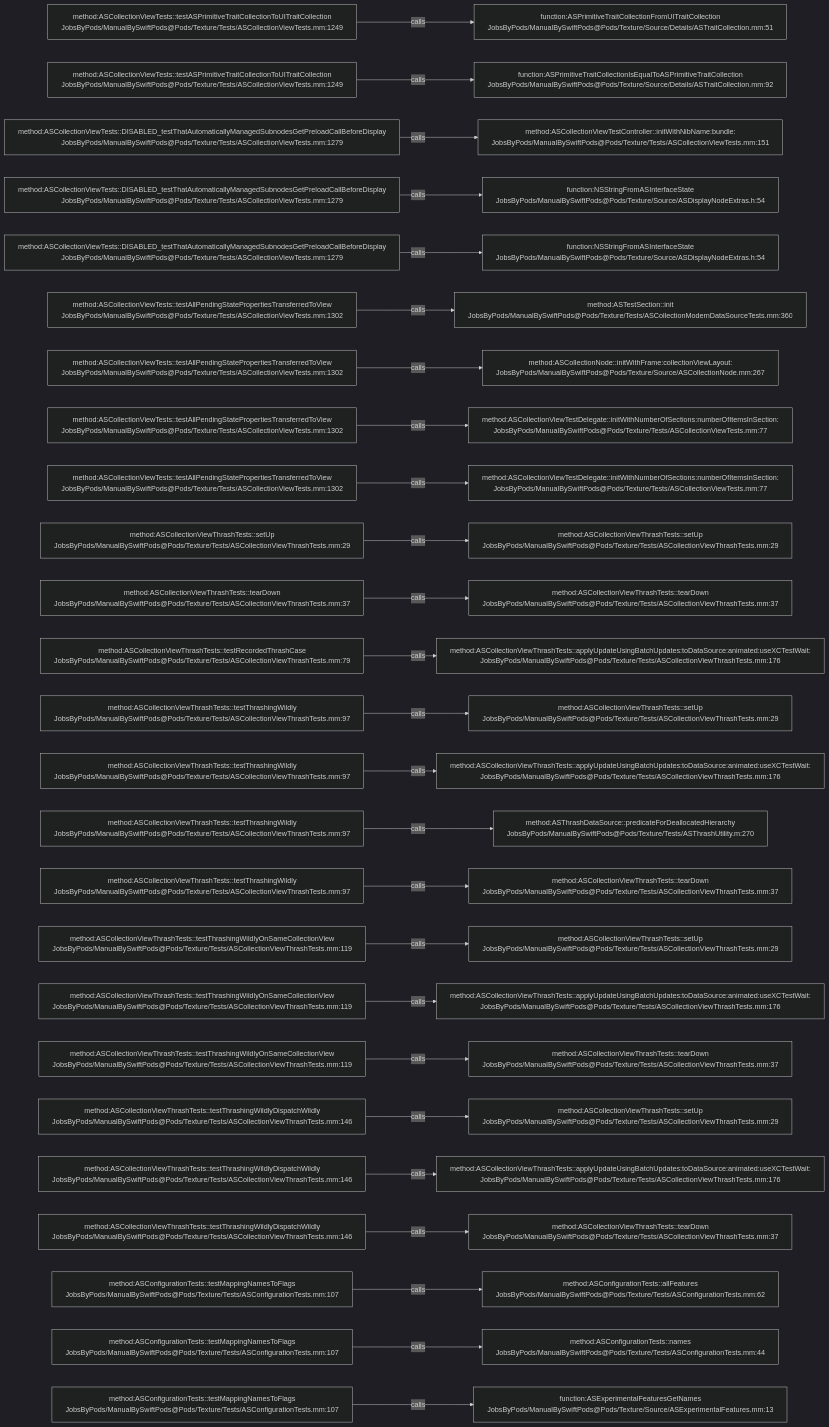
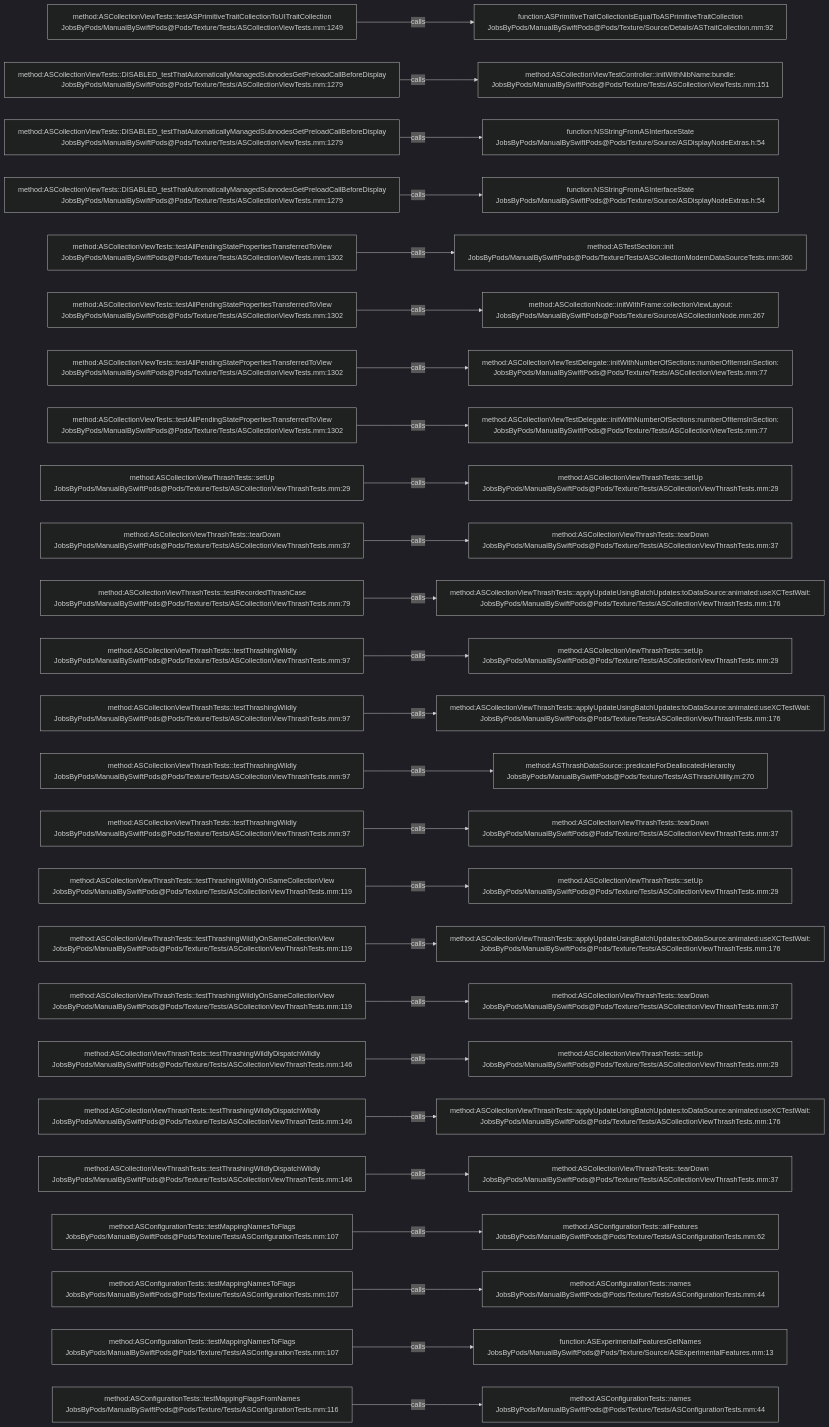
Before and after one commit to JobsKits/JobsSwiftBaseConfigDemo: the diagram in .codegraph/codegraph.md/graphs/calls-174.md, drawn with Mermaid (dark theme). The commit also changed 747 other files, not shown here.

````diff
--- a/.codegraph/codegraph.md/graphs/calls-174.md
+++ b/.codegraph/codegraph.md/graphs/calls-174.md
@@ -13,78 +13,78 @@
 ```mermaid
 flowchart LR
   S1["method:ASCollectionViewTests::testASPrimitiveTraitCollectionToUITraitCollection<br/>JobsByPods/ManualBySwiftPods@Pods/Texture/Tests/ASCollectionViewTests.mm:1249"]
-  T1["function:ASPrimitiveTraitCollectionFromUITraitCollection<br/>JobsByPods/ManualBySwiftPods@Pods/Texture/Source/Details/ASTraitCollection.mm:51"]
+  T1["function:ASPrimitiveTraitCollectionIsEqualToASPrimitiveTraitCollection<br/>JobsByPods/ManualBySwiftPods@Pods/Texture/Source/Details/ASTraitCollection.mm:92"]
   S1 -->|calls| T1
-  S2["method:ASCollectionViewTests::testASPrimitiveTraitCollectionToUITraitCollection<br/>JobsByPods/ManualBySwiftPods@Pods/Texture/Tests/ASCollectionViewTests.mm:1249"]
-  T2["function:ASPrimitiveTraitCollectionIsEqualToASPrimitiveTraitCollection<br/>JobsByPods/ManualBySwiftPods@Pods/Texture/Source/Details/ASTraitCollection.mm:92"]
+  S2["method:ASCollectionViewTests::DISABLED_testThatAutomaticallyManagedSubnodesGetPreloadCallBeforeDisplay<br/>JobsByPods/ManualBySwiftPods@Pods/Texture/Tests/ASCollectionViewTests.mm:1279"]
+  T2["method:ASCollectionViewTestController::initWithNibName:bundle:<br/>JobsByPods/ManualBySwiftPods@Pods/Texture/Tests/ASCollectionViewTests.mm:151"]
   S2 -->|calls| T2
   S3["method:ASCollectionViewTests::DISABLED_testThatAutomaticallyManagedSubnodesGetPreloadCallBeforeDisplay<br/>JobsByPods/ManualBySwiftPods@Pods/Texture/Tests/ASCollectionViewTests.mm:1279"]
-  T3["method:ASCollectionViewTestController::initWithNibName:bundle:<br/>JobsByPods/ManualBySwiftPods@Pods/Texture/Tests/ASCollectionViewTests.mm:151"]
+  T3["function:NSStringFromASInterfaceState<br/>JobsByPods/ManualBySwiftPods@Pods/Texture/Source/ASDisplayNodeExtras.h:54"]
   S3 -->|calls| T3
   S4["method:ASCollectionViewTests::DISABLED_testThatAutomaticallyManagedSubnodesGetPreloadCallBeforeDisplay<br/>JobsByPods/ManualBySwiftPods@Pods/Texture/Tests/ASCollectionViewTests.mm:1279"]
   T4["function:NSStringFromASInterfaceState<br/>JobsByPods/ManualBySwiftPods@Pods/Texture/Source/ASDisplayNodeExtras.h:54"]
   S4 -->|calls| T4
-  S5["method:ASCollectionViewTests::DISABLED_testThatAutomaticallyManagedSubnodesGetPreloadCallBeforeDisplay<br/>JobsByPods/ManualBySwiftPods@Pods/Texture/Tests/ASCollectionViewTests.mm:1279"]
-  T5["function:NSStringFromASInterfaceState<br/>JobsByPods/ManualBySwiftPods@Pods/Texture/Source/ASDisplayNodeExtras.h:54"]
+  S5["method:ASCollectionViewTests::testAllPendingStatePropertiesTransferredToView<br/>JobsByPods/ManualBySwiftPods@Pods/Texture/Tests/ASCollectionViewTests.mm:1302"]
+  T5["method:ASTestSection::init<br/>JobsByPods/ManualBySwiftPods@Pods/Texture/Tests/ASCollectionModernDataSourceTests.mm:360"]
   S5 -->|calls| T5
   S6["method:ASCollectionViewTests::testAllPendingStatePropertiesTransferredToView<br/>JobsByPods/ManualBySwiftPods@Pods/Texture/Tests/ASCollectionViewTests.mm:1302"]
-  T6["method:ASTestSection::init<br/>JobsByPods/ManualBySwiftPods@Pods/Texture/Tests/ASCollectionModernDataSourceTests.mm:360"]
+  T6["method:ASCollectionNode::initWithFrame:collectionViewLayout:<br/>JobsByPods/ManualBySwiftPods@Pods/Texture/Source/ASCollectionNode.mm:267"]
   S6 -->|calls| T6
   S7["method:ASCollectionViewTests::testAllPendingStatePropertiesTransferredToView<br/>JobsByPods/ManualBySwiftPods@Pods/Texture/Tests/ASCollectionViewTests.mm:1302"]
-  T7["method:ASCollectionNode::initWithFrame:collectionViewLayout:<br/>JobsByPods/ManualBySwiftPods@Pods/Texture/Source/ASCollectionNode.mm:267"]
+  T7["method:ASCollectionViewTestDelegate::initWithNumberOfSections:numberOfItemsInSection:<br/>JobsByPods/ManualBySwiftPods@Pods/Texture/Tests/ASCollectionViewTests.mm:77"]
   S7 -->|calls| T7
   S8["method:ASCollectionViewTests::testAllPendingStatePropertiesTransferredToView<br/>JobsByPods/ManualBySwiftPods@Pods/Texture/Tests/ASCollectionViewTests.mm:1302"]
   T8["method:ASCollectionViewTestDelegate::initWithNumberOfSections:numberOfItemsInSection:<br/>JobsByPods/ManualBySwiftPods@Pods/Texture/Tests/ASCollectionViewTests.mm:77"]
   S8 -->|calls| T8
-  S9["method:ASCollectionViewTests::testAllPendingStatePropertiesTransferredToView<br/>JobsByPods/ManualBySwiftPods@Pods/Texture/Tests/ASCollectionViewTests.mm:1302"]
-  T9["method:ASCollectionViewTestDelegate::initWithNumberOfSections:numberOfItemsInSection:<br/>JobsByPods/ManualBySwiftPods@Pods/Texture/Tests/ASCollectionViewTests.mm:77"]
+  S9["method:ASCollectionViewThrashTests::setUp<br/>JobsByPods/ManualBySwiftPods@Pods/Texture/Tests/ASCollectionViewThrashTests.mm:29"]
+  T9["method:ASCollectionViewThrashTests::setUp<br/>JobsByPods/ManualBySwiftPods@Pods/Texture/Tests/ASCollectionViewThrashTests.mm:29"]
   S9 -->|calls| T9
-  S10["method:ASCollectionViewThrashTests::setUp<br/>JobsByPods/ManualBySwiftPods@Pods/Texture/Tests/ASCollectionViewThrashTests.mm:29"]
-  T10["method:ASCollectionViewThrashTests::setUp<br/>JobsByPods/ManualBySwiftPods@Pods/Texture/Tests/ASCollectionViewThrashTests.mm:29"]
+  S10["method:ASCollectionViewThrashTests::tearDown<br/>JobsByPods/ManualBySwiftPods@Pods/Texture/Tests/ASCollectionViewThrashTests.mm:37"]
+  T10["method:ASCollectionViewThrashTests::tearDown<br/>JobsByPods/ManualBySwiftPods@Pods/Texture/Tests/ASCollectionViewThrashTests.mm:37"]
   S10 -->|calls| T10
-  S11["method:ASCollectionViewThrashTests::tearDown<br/>JobsByPods/ManualBySwiftPods@Pods/Texture/Tests/ASCollectionViewThrashTests.mm:37"]
-  T11["method:ASCollectionViewThrashTests::tearDown<br/>JobsByPods/ManualBySwiftPods@Pods/Texture/Tests/ASCollectionViewThrashTests.mm:37"]
+  S11["method:ASCollectionViewThrashTests::testRecordedThrashCase<br/>JobsByPods/ManualBySwiftPods@Pods/Texture/Tests/ASCollectionViewThrashTests.mm:79"]
+  T11["method:ASCollectionViewThrashTests::applyUpdateUsingBatchUpdates:toDataSource:animated:useXCTestWait:<br/>JobsByPods/ManualBySwiftPods@Pods/Texture/Tests/ASCollectionViewThrashTests.mm:176"]
   S11 -->|calls| T11
-  S12["method:ASCollectionViewThrashTests::testRecordedThrashCase<br/>JobsByPods/ManualBySwiftPods@Pods/Texture/Tests/ASCollectionViewThrashTests.mm:79"]
-  T12["method:ASCollectionViewThrashTests::applyUpdateUsingBatchUpdates:toDataSource:animated:useXCTestWait:<br/>JobsByPods/ManualBySwiftPods@Pods/Texture/Tests/ASCollectionViewThrashTests.mm:176"]
+  S12["method:ASCollectionViewThrashTests::testThrashingWildly<br/>JobsByPods/ManualBySwiftPods@Pods/Texture/Tests/ASCollectionViewThrashTests.mm:97"]
+  T12["method:ASCollectionViewThrashTests::setUp<br/>JobsByPods/ManualBySwiftPods@Pods/Texture/Tests/ASCollectionViewThrashTests.mm:29"]
   S12 -->|calls| T12
   S13["method:ASCollectionViewThrashTests::testThrashingWildly<br/>JobsByPods/ManualBySwiftPods@Pods/Texture/Tests/ASCollectionViewThrashTests.mm:97"]
-  T13["method:ASCollectionViewThrashTests::setUp<br/>JobsByPods/ManualBySwiftPods@Pods/Texture/Tests/ASCollectionViewThrashTests.mm:29"]
+  T13["method:ASCollectionViewThrashTests::applyUpdateUsingBatchUpdates:toDataSource:animated:useXCTestWait:<br/>JobsByPods/ManualBySwiftPods@Pods/Texture/Tests/ASCollectionViewThrashTests.mm:176"]
   S13 -->|calls| T13
   S14["method:ASCollectionViewThrashTests::testThrashingWildly<br/>JobsByPods/ManualBySwiftPods@Pods/Texture/Tests/ASCollectionViewThrashTests.mm:97"]
-  T14["method:ASCollectionViewThrashTests::applyUpdateUsingBatchUpdates:toDataSource:animated:useXCTestWait:<br/>JobsByPods/ManualBySwiftPods@Pods/Texture/Tests/ASCollectionViewThrashTests.mm:176"]
+  T14["method:ASThrashDataSource::predicateForDeallocatedHierarchy<br/>JobsByPods/ManualBySwiftPods@Pods/Texture/Tests/ASThrashUtility.m:270"]
   S14 -->|calls| T14
   S15["method:ASCollectionViewThrashTests::testThrashingWildly<br/>JobsByPods/ManualBySwiftPods@Pods/Texture/Tests/ASCollectionViewThrashTests.mm:97"]
-  T15["method:ASThrashDataSource::predicateForDeallocatedHierarchy<br/>JobsByPods/ManualBySwiftPods@Pods/Texture/Tests/ASThrashUtility.m:270"]
+  T15["method:ASCollectionViewThrashTests::tearDown<br/>JobsByPods/ManualBySwiftPods@Pods/Texture/Tests/ASCollectionViewThrashTests.mm:37"]
   S15 -->|calls| T15
-  S16["method:ASCollectionViewThrashTests::testThrashingWildly<br/>JobsByPods/ManualBySwiftPods@Pods/Texture/Tests/ASCollectionViewThrashTests.mm:97"]
-  T16["method:ASCollectionViewThrashTests::tearDown<br/>JobsByPods/ManualBySwiftPods@Pods/Texture/Tests/ASCollectionViewThrashTests.mm:37"]
+  S16["method:ASCollectionViewThrashTests::testThrashingWildlyOnSameCollectionView<br/>JobsByPods/ManualBySwiftPods@Pods/Texture/Tests/ASCollectionViewThrashTests.mm:119"]
+  T16["method:ASCollectionViewThrashTests::setUp<br/>JobsByPods/ManualBySwiftPods@Pods/Texture/Tests/ASCollectionViewThrashTests.mm:29"]
   S16 -->|calls| T16
   S17["method:ASCollectionViewThrashTests::testThrashingWildlyOnSameCollectionView<br/>JobsByPods/ManualBySwiftPods@Pods/Texture/Tests/ASCollectionViewThrashTests.mm:119"]
-  T17["method:ASCollectionViewThrashTests::setUp<br/>JobsByPods/ManualBySwiftPods@Pods/Texture/Tests/ASCollectionViewThrashTests.mm:29"]
+  T17["method:ASCollectionViewThrashTests::applyUpdateUsingBatchUpdates:toDataSource:animated:useXCTestWait:<br/>JobsByPods/ManualBySwiftPods@Pods/Texture/Tests/ASCollectionViewThrashTests.mm:176"]
   S17 -->|calls| T17
   S18["method:ASCollectionViewThrashTests::testThrashingWildlyOnSameCollectionView<br/>JobsByPods/ManualBySwiftPods@Pods/Texture/Tests/ASCollectionViewThrashTests.mm:119"]
-  T18["method:ASCollectionViewThrashTests::applyUpdateUsingBatchUpdates:toDataSource:animated:useXCTestWait:<br/>JobsByPods/ManualBySwiftPods@Pods/Texture/Tests/ASCollectionViewThrashTests.mm:176"]
+  T18["method:ASCollectionViewThrashTests::tearDown<br/>JobsByPods/ManualBySwiftPods@Pods/Texture/Tests/ASCollectionViewThrashTests.mm:37"]
   S18 -->|calls| T18
-  S19["method:ASCollectionViewThrashTests::testThrashingWildlyOnSameCollectionView<br/>JobsByPods/ManualBySwiftPods@Pods/Texture/Tests/ASCollectionViewThrashTests.mm:119"]
-  T19["method:ASCollectionViewThrashTests::tearDown<br/>JobsByPods/ManualBySwiftPods@Pods/Texture/Tests/ASCollectionViewThrashTests.mm:37"]
+  S19["method:ASCollectionViewThrashTests::testThrashingWildlyDispatchWildly<br/>JobsByPods/ManualBySwiftPods@Pods/Texture/Tests/ASCollectionViewThrashTests.mm:146"]
+  T19["method:ASCollectionViewThrashTests::setUp<br/>JobsByPods/ManualBySwiftPods@Pods/Texture/Tests/ASCollectionViewThrashTests.mm:29"]
   S19 -->|calls| T19
   S20["method:ASCollectionViewThrashTests::testThrashingWildlyDispatchWildly<br/>JobsByPods/ManualBySwiftPods@Pods/Texture/Tests/ASCollectionViewThrashTests.mm:146"]
-  T20["method:ASCollectionViewThrashTests::setUp<br/>JobsByPods/ManualBySwiftPods@Pods/Texture/Tests/ASCollectionViewThrashTests.mm:29"]
+  T20["method:ASCollectionViewThrashTests::applyUpdateUsingBatchUpdates:toDataSource:animated:useXCTestWait:<br/>JobsByPods/ManualBySwiftPods@Pods/Texture/Tests/ASCollectionViewThrashTests.mm:176"]
   S20 -->|calls| T20
   S21["method:ASCollectionViewThrashTests::testThrashingWildlyDispatchWildly<br/>JobsByPods/ManualBySwiftPods@Pods/Texture/Tests/ASCollectionViewThrashTests.mm:146"]
-  T21["method:ASCollectionViewThrashTests::applyUpdateUsingBatchUpdates:toDataSource:animated:useXCTestWait:<br/>JobsByPods/ManualBySwiftPods@Pods/Texture/Tests/ASCollectionViewThrashTests.mm:176"]
+  T21["method:ASCollectionViewThrashTests::tearDown<br/>JobsByPods/ManualBySwiftPods@Pods/Texture/Tests/ASCollectionViewThrashTests.mm:37"]
   S21 -->|calls| T21
-  S22["method:ASCollectionViewThrashTests::testThrashingWildlyDispatchWildly<br/>JobsByPods/ManualBySwiftPods@Pods/Texture/Tests/ASCollectionViewThrashTests.mm:146"]
-  T22["method:ASCollectionViewThrashTests::tearDown<br/>JobsByPods/ManualBySwiftPods@Pods/Texture/Tests/ASCollectionViewThrashTests.mm:37"]
+  S22["method:ASConfigurationTests::testMappingNamesToFlags<br/>JobsByPods/ManualBySwiftPods@Pods/Texture/Tests/ASConfigurationTests.mm:107"]
+  T22["method:ASConfigurationTests::allFeatures<br/>JobsByPods/ManualBySwiftPods@Pods/Texture/Tests/ASConfigurationTests.mm:62"]
   S22 -->|calls| T22
   S23["method:ASConfigurationTests::testMappingNamesToFlags<br/>JobsByPods/ManualBySwiftPods@Pods/Texture/Tests/ASConfigurationTests.mm:107"]
-  T23["method:ASConfigurationTests::allFeatures<br/>JobsByPods/ManualBySwiftPods@Pods/Texture/Tests/ASConfigurationTests.mm:62"]
+  T23["method:ASConfigurationTests::names<br/>JobsByPods/ManualBySwiftPods@Pods/Texture/Tests/ASConfigurationTests.mm:44"]
   S23 -->|calls| T23
   S24["method:ASConfigurationTests::testMappingNamesToFlags<br/>JobsByPods/ManualBySwiftPods@Pods/Texture/Tests/ASConfigurationTests.mm:107"]
-  T24["method:ASConfigurationTests::names<br/>JobsByPods/ManualBySwiftPods@Pods/Texture/Tests/ASConfigurationTests.mm:44"]
+  T24["function:ASExperimentalFeaturesGetNames<br/>JobsByPods/ManualBySwiftPods@Pods/Texture/Source/ASExperimentalFeatures.mm:13"]
   S24 -->|calls| T24
-  S25["method:ASConfigurationTests::testMappingNamesToFlags<br/>JobsByPods/ManualBySwiftPods@Pods/Texture/Tests/ASConfigurationTests.mm:107"]
-  T25["function:ASExperimentalFeaturesGetNames<br/>JobsByPods/ManualBySwiftPods@Pods/Texture/Source/ASExperimentalFeatures.mm:13"]
+  S25["method:ASConfigurationTests::testMappingFlagsFromNames<br/>JobsByPods/ManualBySwiftPods@Pods/Texture/Tests/ASConfigurationTests.mm:116"]
+  T25["method:ASConfigurationTests::names<br/>JobsByPods/ManualBySwiftPods@Pods/Texture/Tests/ASConfigurationTests.mm:44"]
   S25 -->|calls| T25
 ```
````
